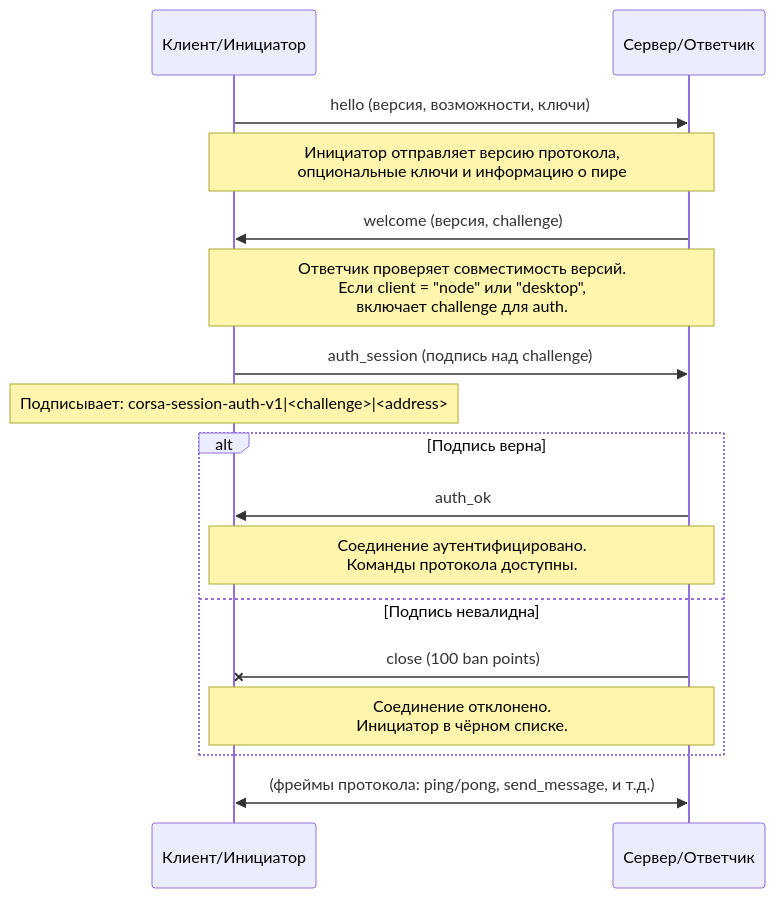
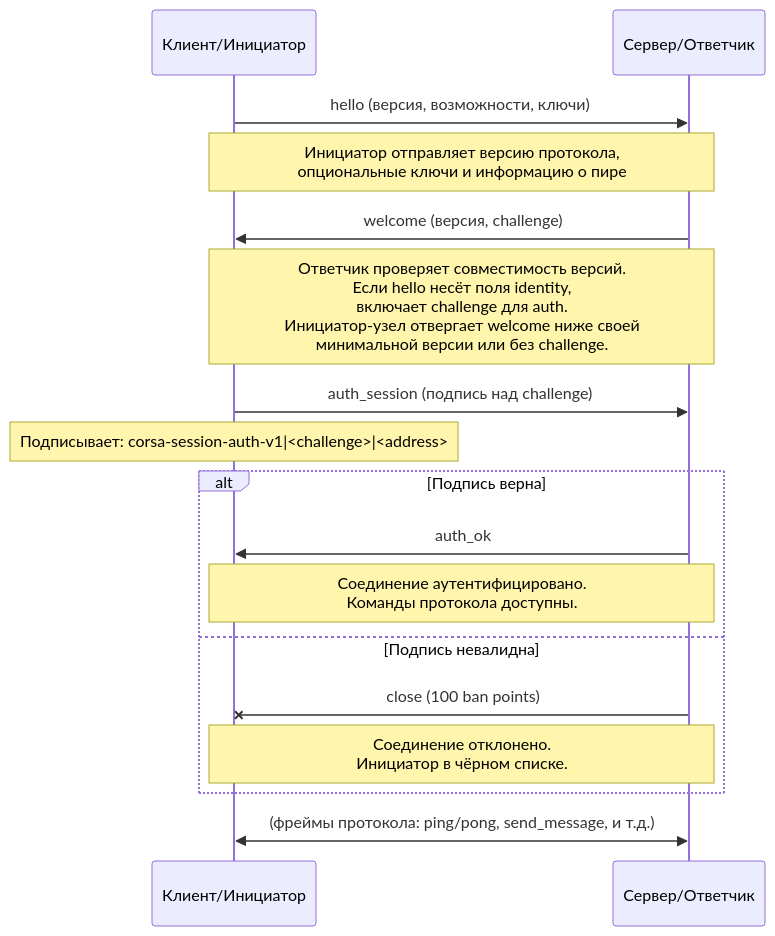
The third of 4 diagrams in docs/protocol/handshake.md (piratecash/corsa), drawn with Mermaid before and after one commit. The commit also changed other lines of this file and 136 other files, not shown here.

````diff
--- a/docs/protocol/handshake.md
+++ b/docs/protocol/handshake.md
@@ -769,24 +770,24 @@
 ```mermaid
 sequenceDiagram
     participant C as Клиент/Инициатор
     participant S as Сервер/Ответчик
 
     C->>S: hello (версия, возможности, ключи)
     Note over C,S: Инициатор отправляет версию протокола,<br/>опциональные ключи и информацию о пире
 
     S->>C: welcome (версия, challenge)
-    Note over C,S: Ответчик проверяет совместимость версий.<br/>Если client = "node" или "desktop",<br/>включает challenge для auth.
+    Note over C,S: Ответчик проверяет совместимость версий.<br/>Если hello несёт поля identity,<br/>включает challenge для auth.<br/>Инициатор-узел отвергает welcome ниже своей<br/>минимальной версии или без challenge.
 
     C->>S: auth_session (подпись над challenge)
     Note over C: Подписывает: corsa-session-auth-v1|<challenge>|<address>
 
     alt Подпись верна
         S->>C: auth_ok
         Note over C,S: Соединение аутентифицировано.<br/>Команды протокола доступны.
     else Подпись невалидна
         S-X C: close (100 ban points)
         Note over C,S: Соединение отклонено.<br/>Инициатор в чёрном списке.
     end
 
     C<<->>S: (фреймы протокола: ping/pong, send_message, и т.д.)
 ```
````
